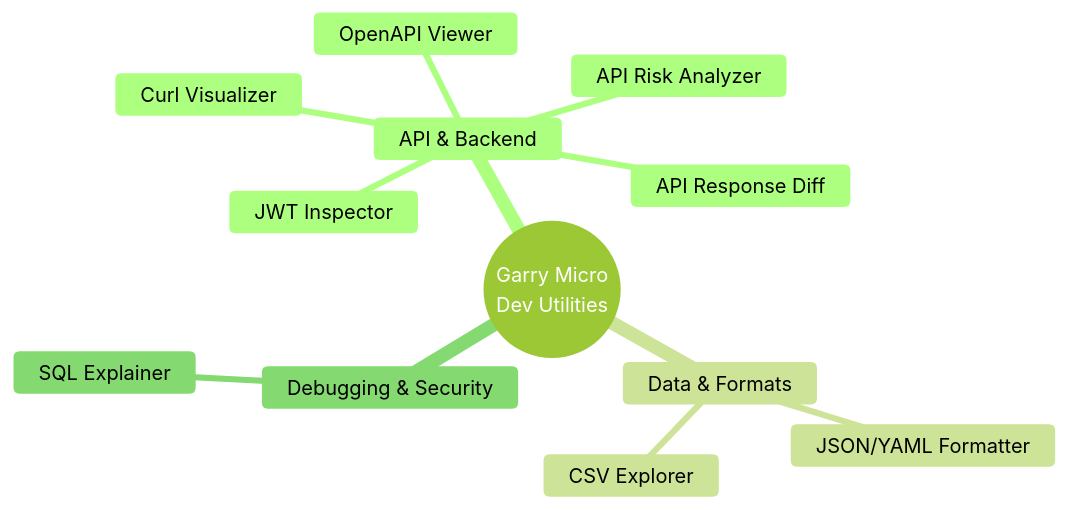
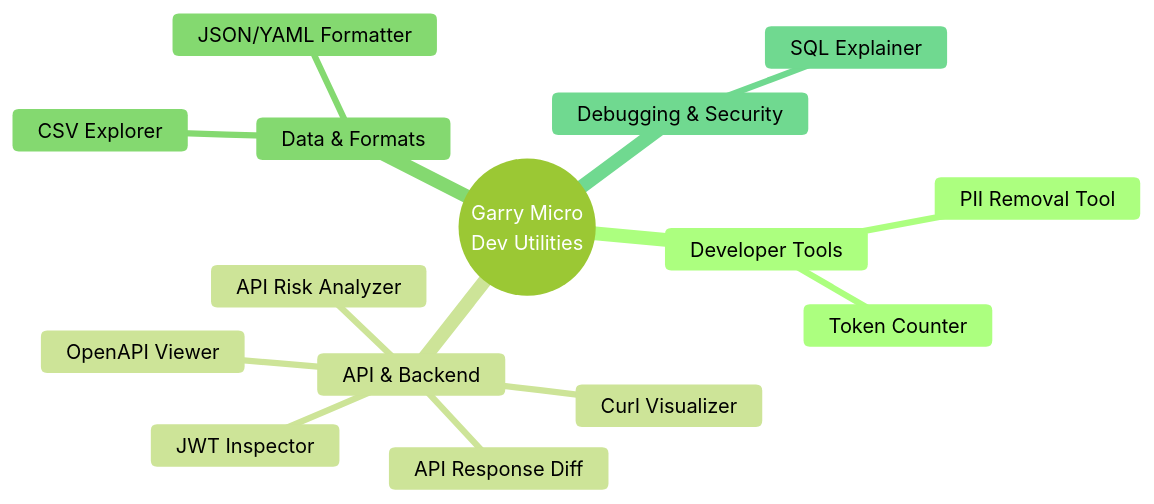
One commit to girijashankarj/garry-micro-dev-utilities changed the first of 5 diagrams in README.md. Above: the diagram before and after it, drawn with Mermaid (forest theme). The commit also changed other lines of this file and 50 other files, not shown here.

First line of the commit message:
docs: update README with token visualization, PII removal features, and tooltips

````diff
--- a/README.md
+++ b/README.md
@@ -69,15 +79,18 @@
 ```mermaid
 mindmap
   root((Garry Micro<br/>Dev Utilities))
+    Developer Tools
+      Token Counter
+      PII Removal Tool
     API & Backend
       OpenAPI Viewer
       JWT Inspector
       API Response Diff
       Curl Visualizer
       API Risk Analyzer
     Data & Formats
       JSON/YAML Formatter
       CSV Explorer
     Debugging & Security
       SQL Explainer
 ```
````
